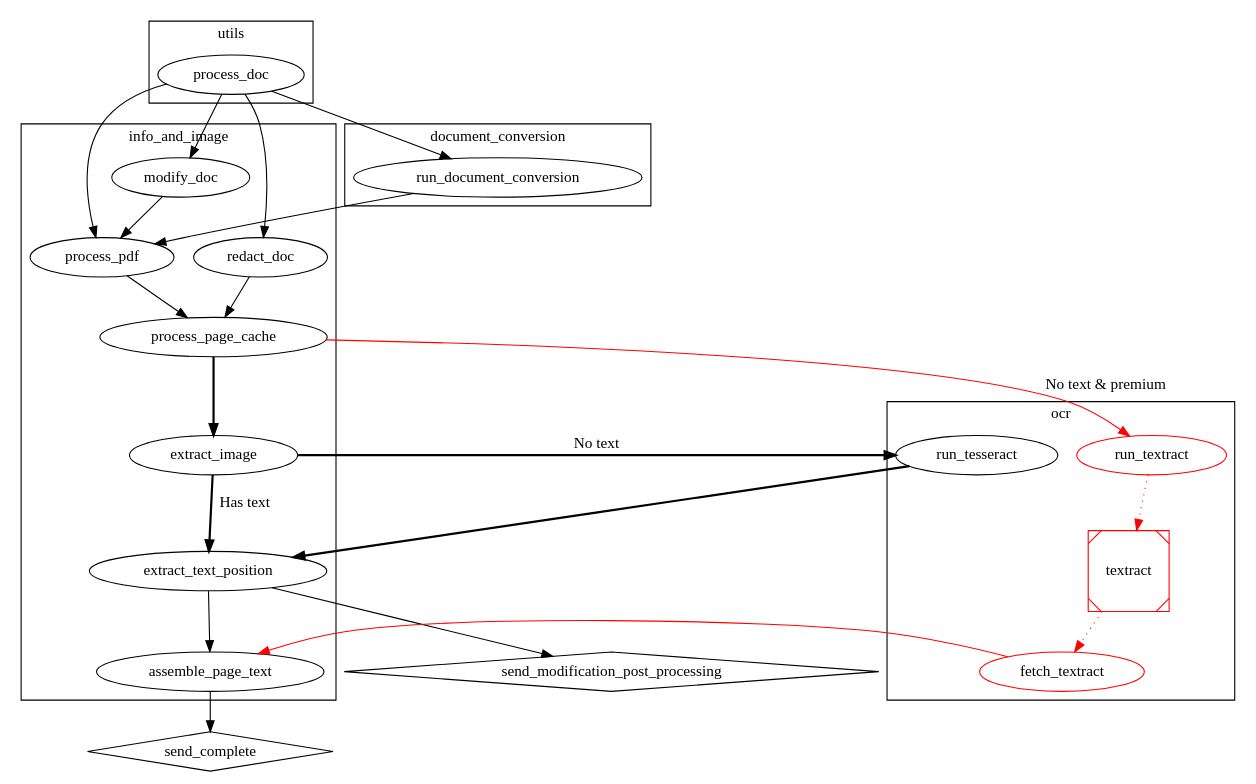
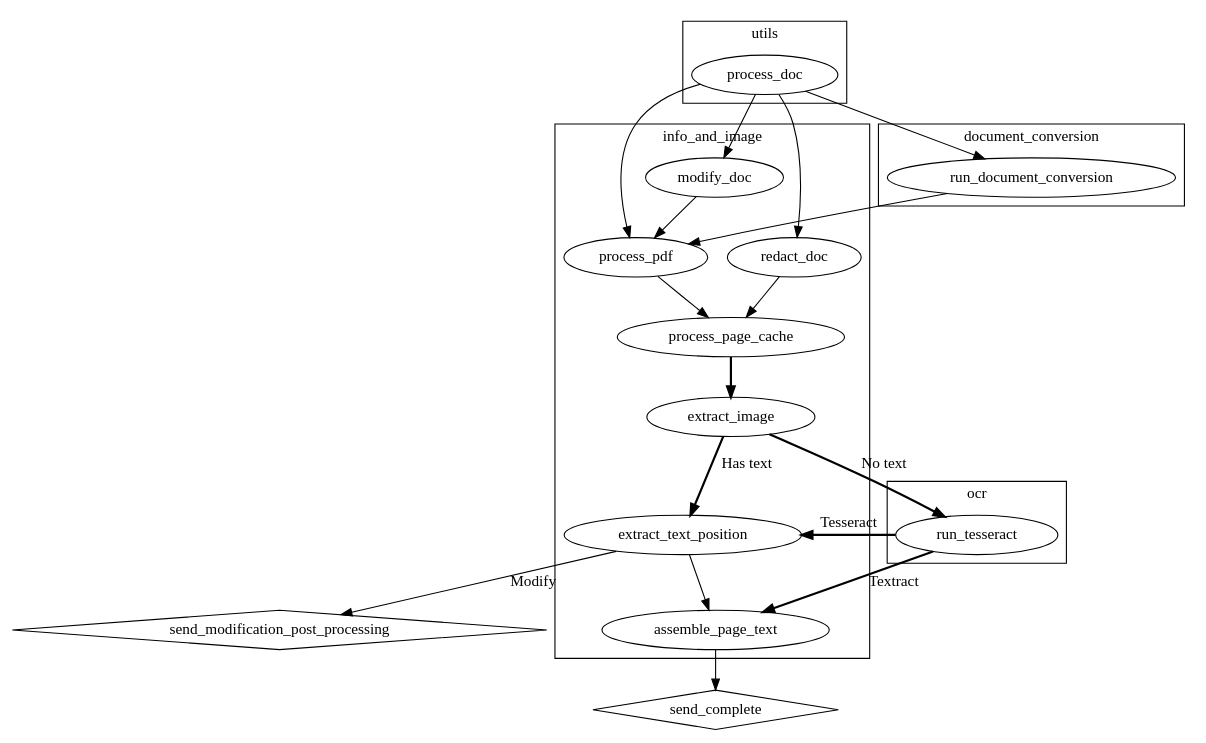
The diagram in docs/lambda.gv (MuckRock/documentcloud), drawn with Graphviz before and after one commit. The commit also changed 10 other files, not shown here.

```diff
--- a/docs/lambda.gv
+++ b/docs/lambda.gv
@@ -1,47 +1,42 @@
 
 digraph Lambda {
 
     subgraph cluster_ii {
         process_pdf -> process_page_cache;
         process_page_cache -> extract_image [style="bold"];
         extract_image -> extract_text_position [label="Has text", style="bold"];
         extract_text_position -> assemble_page_text;
         redact_doc -> process_page_cache;
         modify_doc -> process_pdf;
         label = "info_and_image";
     }
 
     send_complete [shape="diamond"];
     assemble_page_text -> send_complete;
 
     send_modification_post_processing [shape="diamond"];
-    extract_text_position -> send_modification_post_processing;
+    extract_text_position -> send_modification_post_processing [label="Modify"];
 
     subgraph cluster_ocr {
-        run_tesseract -> extract_text_position [style="bold"];
-        run_textract [color="red"];
-        textract [shape="Msquare", color="red"];
-        fetch_textract [color="red"];
-        run_textract -> textract -> fetch_textract [style="dotted", color="red"];
-        fetch_textract -> assemble_page_text [color="red"];
+        run_tesseract -> extract_text_position [label="Tesseract", style="bold"];
+        run_tesseract -> assemble_page_text [label="Textract", style="bold"];
         label = "ocr";
     }
 
     extract_image -> run_tesseract [label="No text", style="bold"];
-    process_page_cache -> run_textract [label="No text & premium", color="red"];
 
     subgraph cluster_doc_conv {
         run_document_conversion -> process_pdf;
         label = "document_conversion";
     }
 
     subgraph cluster_utils {
         process_doc -> {
             process_pdf
             run_document_conversion
             redact_doc
             modify_doc
         };
         label = "utils";
     }
 }
```
